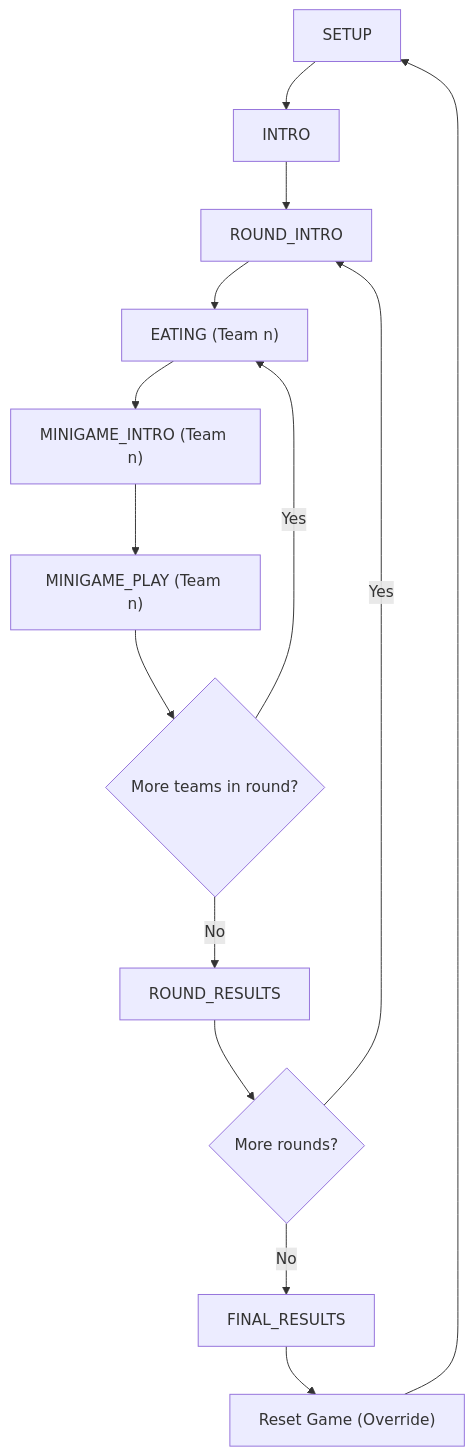
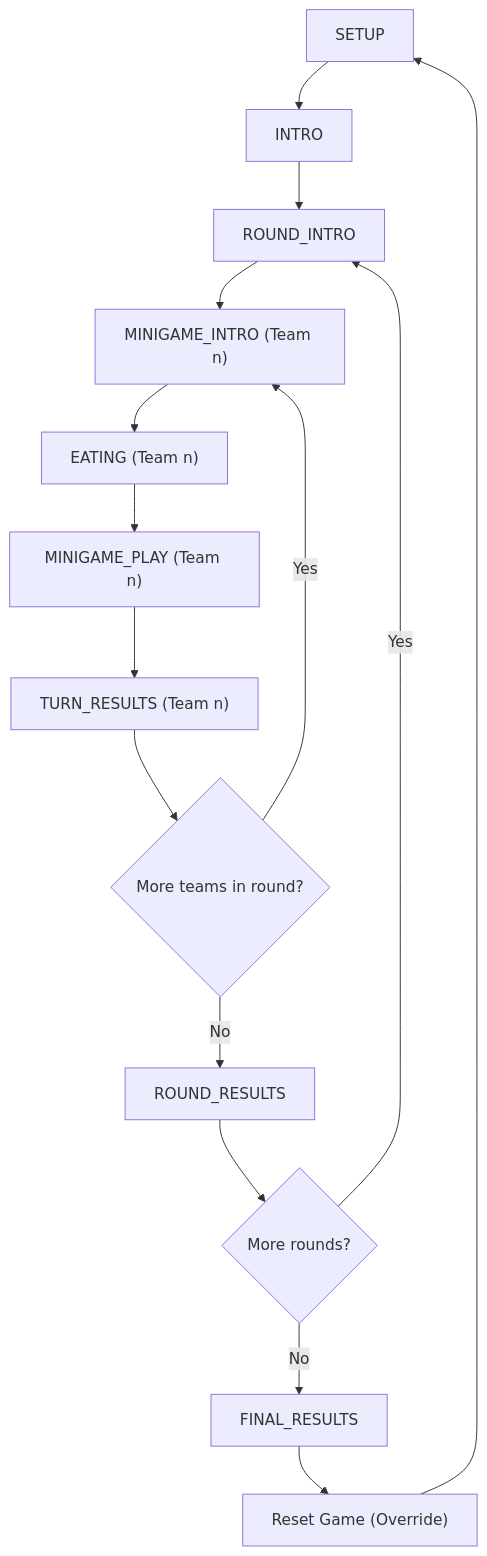
The diagram in docs/core-game-flow-ui.md (BradleyExton/wing-night), drawn with Mermaid before and after one commit. The commit also changed other lines of this file and 10 other files, not shown here.

````diff
--- a/docs/core-game-flow-ui.md
+++ b/docs/core-game-flow-ui.md
@@ -19,16 +19,17 @@
 ```mermaid
 flowchart TD
   A["SETUP"] --> B["INTRO"]
   B --> C["ROUND_INTRO"]
-  C --> D["EATING (Team n)"]
-  D --> E["MINIGAME_INTRO (Team n)"]
+  C --> D["MINIGAME_INTRO (Team n)"]
+  D --> E["EATING (Team n)"]
   E --> F["MINIGAME_PLAY (Team n)"]
-  F --> G{"More teams in round?"}
-  G -- Yes --> D
-  G -- No --> H["ROUND_RESULTS"]
-  H --> I{"More rounds?"}
-  I -- Yes --> C
-  I -- No --> J["FINAL_RESULTS"]
-  J --> K["Reset Game (Override)"]
-  K --> A
+  F --> G["TURN_RESULTS (Team n)"]
+  G --> H{"More teams in round?"}
+  H -- Yes --> D
+  H -- No --> I["ROUND_RESULTS"]
+  I --> J{"More rounds?"}
+  J -- Yes --> C
+  J -- No --> K["FINAL_RESULTS"]
+  K --> L["Reset Game (Override)"]
+  L --> A
 ```
````
